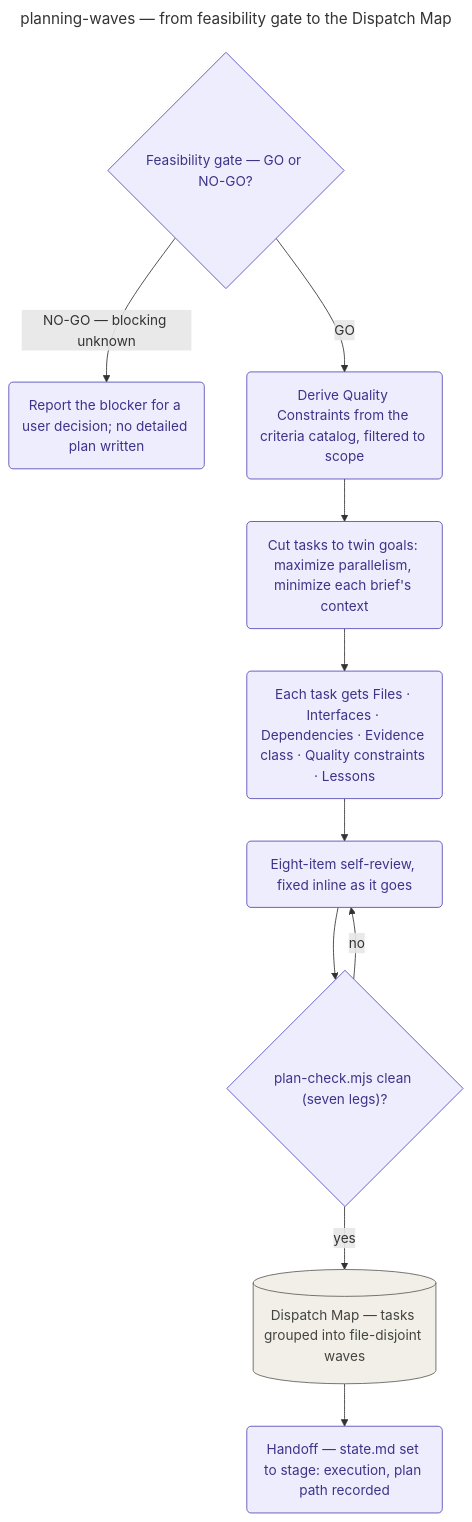
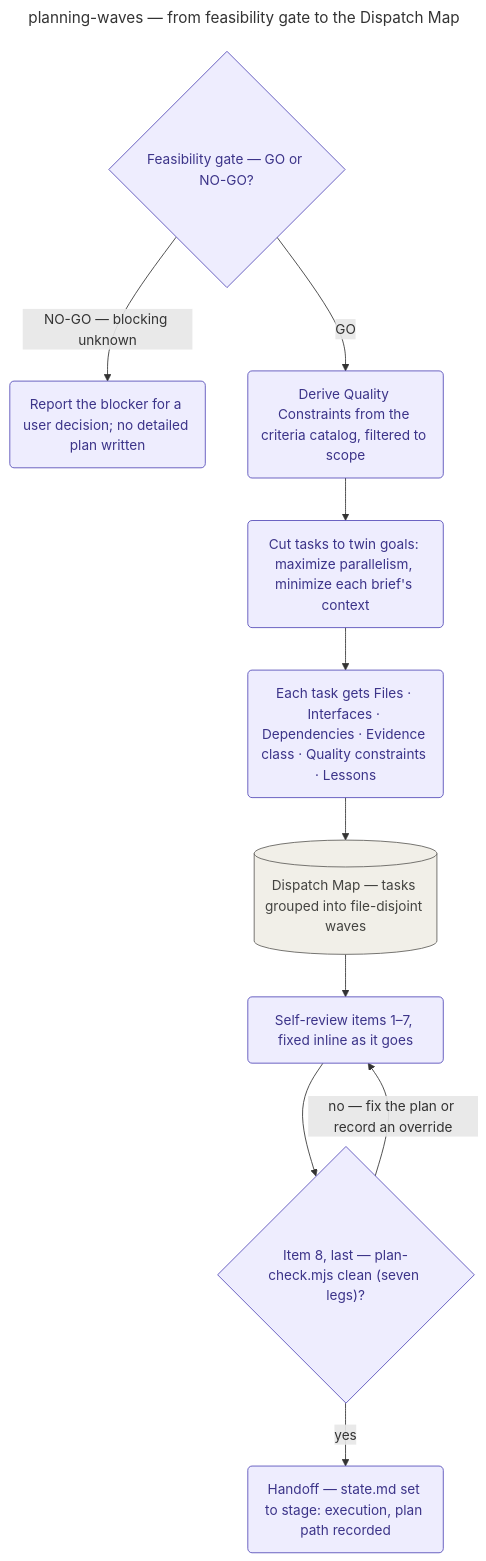
The diagram in docs/playbooks/planning-waves/README.md (KonstantinRoehrl/devcycle), drawn with Mermaid before and after one commit. The commit also changed other lines of this file and 4 other files, not shown here.

First line of the commit message:
docs(planning-waves): run the plan gate as the last self-review item and draw the Dispatch Map before it

````diff
--- a/docs/playbooks/planning-waves/README.md
+++ b/docs/playbooks/planning-waves/README.md
@@ -62,21 +62,21 @@
 ```mermaid
 ---
 title: planning-waves — from feasibility gate to the Dispatch Map
-accDescr: Playbook-internal flowchart of the planning stage, from the feasibility gate's GO/NO-GO verdict through quality-constraint derivation, task cutting to the twin goals of parallelism and minimal context, the eight-item self-review gate, the Dispatch Map, and the handoff to execution.
+accDescr: Playbook-internal flowchart of the planning stage, from the feasibility gate's GO/NO-GO verdict through quality-constraint derivation, task cutting to the twin goals of parallelism and minimal context, the Dispatch Map, the eight-item self-review ending in the plan gate, and the handoff to execution.
 ---
 flowchart TD
     FEAS{"Feasibility gate — GO or NO-GO?"}:::stage
     FEAS -->|"NO-GO — blocking unknown"| REPORT("Report the blocker for a user decision; no detailed plan written"):::stage
     FEAS -->|GO| QC("Derive Quality Constraints from the criteria catalog, filtered to scope"):::stage
     QC --> CUT("Cut tasks to twin goals: maximize parallelism, minimize each brief's context"):::stage
     CUT --> TASK("Each task gets Files · Interfaces · Dependencies · Evidence class · Quality constraints · Lessons"):::stage
-    TASK --> SELFREVIEW("Eight-item self-review, fixed inline as it goes"):::stage
-    SELFREVIEW --> GATE{"plan-check.mjs clean (seven legs)?"}:::stage
-    GATE -->|no| SELFREVIEW
-    GATE -->|yes| MAP[("Dispatch Map — tasks grouped into file-disjoint waves")]:::structural
-    MAP --> HANDOFF("Handoff — state.md set to stage: execution, plan path recorded"):::stage
+    TASK --> MAP[("Dispatch Map — tasks grouped into file-disjoint waves")]:::structural
+    MAP --> SELFREVIEW("Self-review items 1–7, fixed inline as it goes"):::stage
+    SELFREVIEW --> GATE{"Item 8, last — plan-check.mjs clean (seven legs)?"}:::stage
+    GATE -->|"no — fix the plan or record an override"| SELFREVIEW
+    GATE -->|yes| HANDOFF("Handoff — state.md set to stage: execution, plan path recorded"):::stage
 
     classDef stage fill:#EEEDFE,stroke:#534AB7,color:#3C3489;
     classDef tool fill:#E1F5EE,stroke:#0F6E56,color:#085041,stroke-dasharray:5 5;
     classDef structural fill:#F1EFE8,stroke:#5F5E5A,color:#444441;
 ```
````
